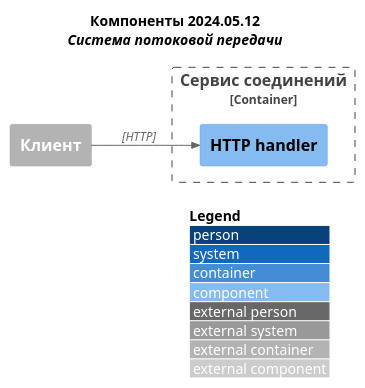
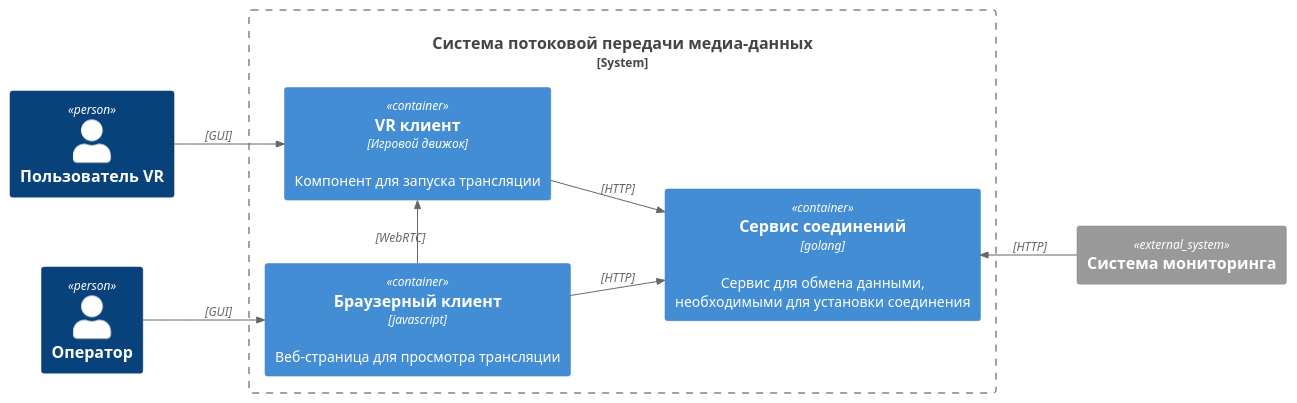
The diagram in doc/containers.puml (adepte-myao/peer-messenger), drawn with PlantUML before and after one commit. The commit also changed 4 other files, not shown here.

```diff
--- a/doc/containers.puml
+++ b/doc/containers.puml
@@ -1,22 +1,28 @@
 @startuml
-!include https://raw.githubusercontent.com/plantuml-stdlib/C4-PlantUML/master/C4_Component.puml
+!include https://raw.githubusercontent.com/plantuml-stdlib/C4-PlantUML/master/C4_Container.puml
 skinparam wrapWidth 300
 skinparam linetype polyline
-LAYOUT_WITH_LEGEND()
 LAYOUT_LANDSCAPE()
-title
-  <b>Компоненты 2024.05.12</b>
-  <i>Система потоковой передачи</i>
-end title
 
-Container_Ext(client, "Клиент", "", "")
+Person(client, "Пользователь VR")
+Person(operator, "Оператор")
 
-Container_Boundary(service, "Сервис соединений") {
-    Component(handler, "HTTP handler")
-
+System_Boundary(messenger, "Система потоковой передачи медиа-данных") {
+    Container(vr_client, "VR клиент", "Игровой движок", "Компонент для запуска трансляции")
+    Container(browser_client, "Браузерный клиент", "javascript", "Веб-страница для просмотра трансляции")
+    Container(conn_service, "Сервис соединений", "golang", "Сервис для обмена данными, необходимыми для установки соединения")
 }
 
-Rel(client, handler, "", "HTTP")
+System_Ext(monitoring, "Система мониторинга", "")
 
+Rel(client, vr_client, "", "GUI")
+Rel(operator, browser_client, "", "GUI")
+
+Rel(vr_client, conn_service, "", "HTTP")
+Rel(browser_client, conn_service, "", "HTTP")
+
+Rel_U(browser_client, vr_client, "", "WebRTC")
+
+Rel_L(monitoring, conn_service, "", "HTTP")
 
 @enduml
```
